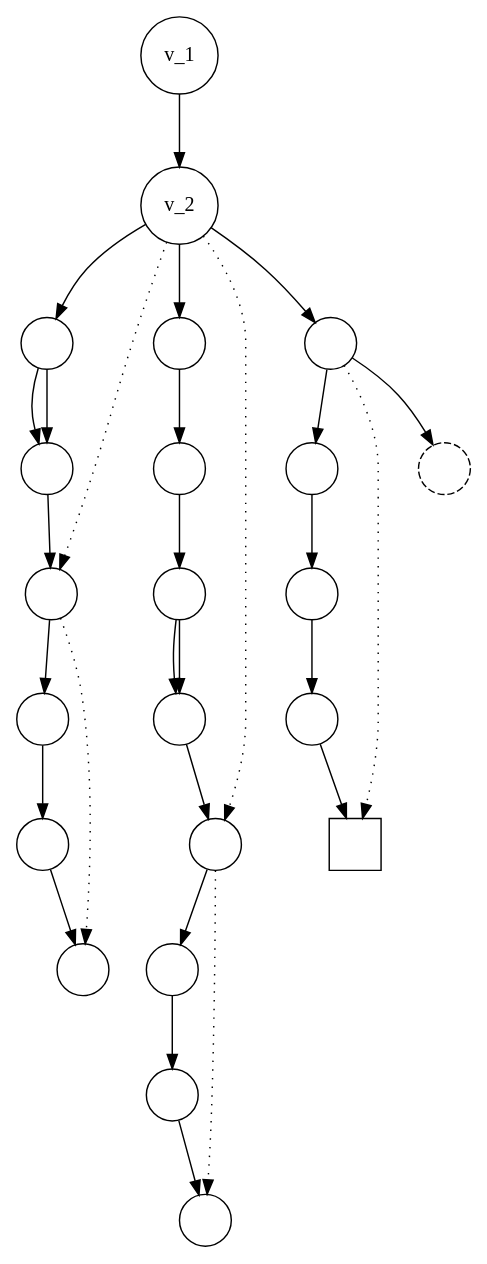
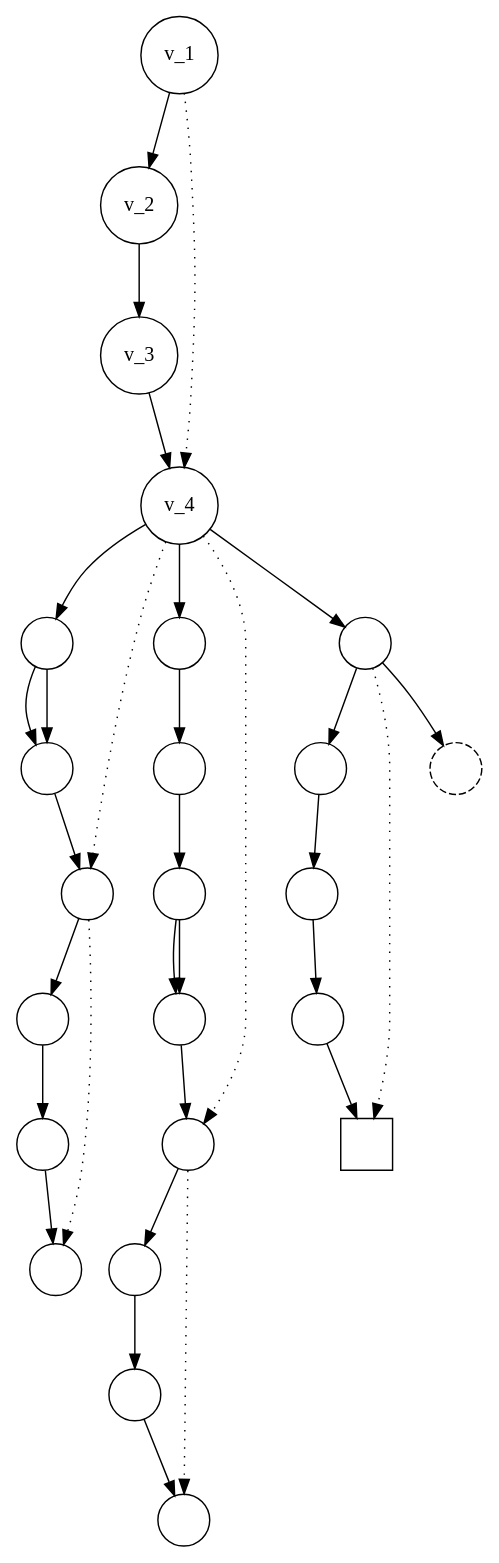
One commit to Hywan/PhdThesis changed the diagram in PhdThesis/Source/Figure/IRC.dot. Above: the diagram before and after it, drawn with Graphviz. The commit also changed 1 other file, not shown here.

Commit message:
Decompose P and add labels on dotted edges.

```diff
--- a/PhdThesis/Source/Figure/IRC.dot
+++ b/PhdThesis/Source/Figure/IRC.dot
@@ -1,68 +1,71 @@
 digraph {
     graph [rankdir=TB];
     node [shape=circle, width=0.5, style="state"];
 
-    v_1 -> v_2 [label=" ", texlbl="$\quad\quad\code{class('\bslash{}Irc\bslash{}Server')}$"];
+    v_1 -> v_2 [label=" ", texlbl="$\varepsilon$"];
+    v_2 -> v_3 [label=" ", texlbl="$\quad\quad\code{class('\bslash{}Irc\bslash{}Server')}\quad\quad$"];
+    v_3 -> v_4 [label=" ", texlbl="$\varepsilon$"];
+    v_1 -> v_4 [style="dotted", label=" ", texlbl="$P$"];
 
     subgraph {
-        v_2 -> w_1 [label=" ", texlbl="$\varepsilon$"];
+        v_4 -> w_1 [label=" ", texlbl="$\varepsilon$"];
         w_1 -> w_2 [label=" ", texlbl="$\quad\code{/\^\empty privmessage .+/}\quad$"];
         w_1 -> w_2 [label=" ", texlbl="$\quad\code{/\^\empty message .+/}\quad$"];
         w_2 -> w_3 [label=" ", texlbl="$\varepsilon$"];
         w_3 -> w_4 [label=" ", texlbl="$\varepsilon$"];
         w_4 -> w_5 [label=" ", texlbl="$\code{1..}$"];
         w_5 -> w_6 [label=" ", texlbl="$\varepsilon$"];
-        v_2 -> w_3 [style="dotted"];
-        w_3 -> w_6 [style="dotted"];
+        v_4 -> w_3 [style="dotted", label=" ", texlbl="$P_\code{message}$"];
+        w_3 -> w_6 [style="dotted", label=" ", texlbl="$Q_\code{message}$"];
     }
 
     subgraph {
-        v_2 -> x_1 [label=" ", texlbl="$\varepsilon$"];
+        v_4 -> x_1 [label=" ", texlbl="$\varepsilon$"];
         x_1 -> x_2 [label=" ", texlbl="$\quad\code{/\^\empty ping\$/}$"];
         x_2 -> x_3 [label=" ", texlbl="$\varepsilon$"];
         x_3 -> x_4 [label=" ", texlbl="$\quad\code{\$server->buf... >= 0}$"];
         x_3 -> x_4 [label=" ", texlbl="$\quad\code{network...() > 0}$"];
         x_4 -> x_5 [label=" ", texlbl="$\varepsilon$"];
         x_5 -> x_6 [label=" ", texlbl="$\varepsilon$"];
         x_6 -> x_7 [label=" ", texlbl="$\code{1..}$"];
         x_7 -> x_8 [label=" ", texlbl="$\varepsilon$"];
-        v_2 -> x_5 [style="dotted"];
-        x_5 -> x_8 [style="dotted"];
+        v_4 -> x_5 [style="dotted", label=" ", texlbl="$P_\code{ping}$"];
+        x_5 -> x_8 [style="dotted", label=" ", texlbl="$Q_\code{ping}$"];
     }
 
     subgraph {
-        v_2 -> y_1 [label=" ", texlbl="$\neg \code{/\^\empty priv…} \land \neg \code{/\^\empty ping\$/}$"];
+        v_4 -> y_1 [label=" ", texlbl="$\quad P_\m{D} = \neg \code{/\^\empty priv…} \land \neg \code{/\^\empty ping\$/}$"];
         y_1 -> y_2 [label=" ", texlbl="$\quad\quad\code{\bslash{}Irc\bslash{}Excep...  e}\quad$"];
         y_2 -> y_3 [label=" ", texlbl="$\varepsilon$"];
         y_3 -> y_4 [label=" ", texlbl="$\quad\code{400..491}$"];
         y_4 -> y_5 [label=" ", texlbl="$\varepsilon$"];
         y_1 -> y_6 [label=" ", texlbl="$\quad\neg \code{\bslash{}Irc\bslash{}Excep... e}$"];
-        y_1 -> y_5 [style="dotted"];
+        y_1 -> y_5 [style="dotted", label=" ", texlbl="$T_\m{D}$"];
     }
 
     v_1 [style="state,initial"]
-    v_2 [style="state,accepting"];
+    v_4 [style="state,accepting"];
 
-    w_1 [label=" ", texlbl="$v_3$"];
-    w_2 [label=" ", texlbl="$v_4$"];
-    w_3 [label=" ", texlbl="$v_5$"];
-    w_4 [label=" ", texlbl="$v_6$"];
-    w_5 [label=" ", texlbl="$v_7$"];
-    w_6 [label=" ", texlbl="$v_8$", style="state,accepting"];
+    w_1 [label=" ", texlbl="$v_5$"];
+    w_2 [label=" ", texlbl="$v_6$"];
+    w_3 [label=" ", texlbl="$v_7$"];
+    w_4 [label=" ", texlbl="$v_8$"];
+    w_5 [label=" ", texlbl="$v_9$"];
+    w_6 [label=" ", texlbl="$v_{10}$", style="state,accepting"];
 
-    x_1 [label=" ", texlbl="$v_9$"];
-    x_2 [label=" ", texlbl="$v_{10}$"];
-    x_3 [label=" ", texlbl="$v_{11}$"];
-    x_4 [label=" ", texlbl="$v_{12}$"];
-    x_5 [label=" ", texlbl="$v_{13}$"];
-    x_6 [label=" ", texlbl="$v_{14}$"];
-    x_7 [label=" ", texlbl="$v_{15}$"];
-    x_8 [label=" ", texlbl="$v_{16}$", style="state,accepting"];
+    x_1 [label=" ", texlbl="$v_{11}$"];
+    x_2 [label=" ", texlbl="$v_{12}$"];
+    x_3 [label=" ", texlbl="$v_{13}$"];
+    x_4 [label=" ", texlbl="$v_{14}$"];
+    x_5 [label=" ", texlbl="$v_{15}$"];
+    x_6 [label=" ", texlbl="$v_{16}$"];
+    x_7 [label=" ", texlbl="$v_{17}$"];
+    x_8 [label=" ", texlbl="$v_{18}$", style="state,accepting"];
 
-    y_1 [label=" ", texlbl="$v_{17}$"];
-    y_2 [label=" ", texlbl="$v_{18}$"];
-    y_3 [label=" ", texlbl="$v_{19}$"];
-    y_4 [label=" ", texlbl="$v_{20}$"];
-    y_5 [label=" ", texlbl="$v_{21}$", style="state,accepting", shape=rect];
-    y_6 [label=" ", texlbl="$v_{22}$", style="dashed"];
+    y_1 [label=" ", texlbl="$v_{19}$"];
+    y_2 [label=" ", texlbl="$v_{20}$"];
+    y_3 [label=" ", texlbl="$v_{21}$"];
+    y_4 [label=" ", texlbl="$v_{22}$"];
+    y_5 [label=" ", texlbl="$v_{23}$", style="state,accepting", shape=rect];
+    y_6 [label=" ", texlbl="$v_{24}$", style="dashed"];
 }
```
